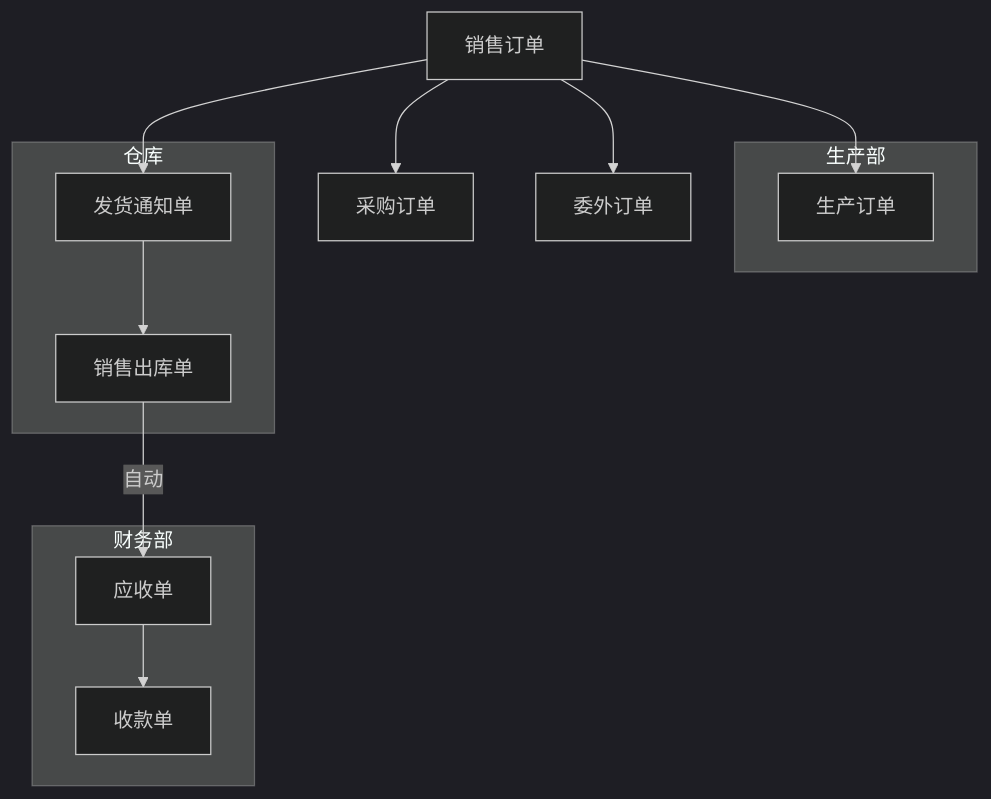
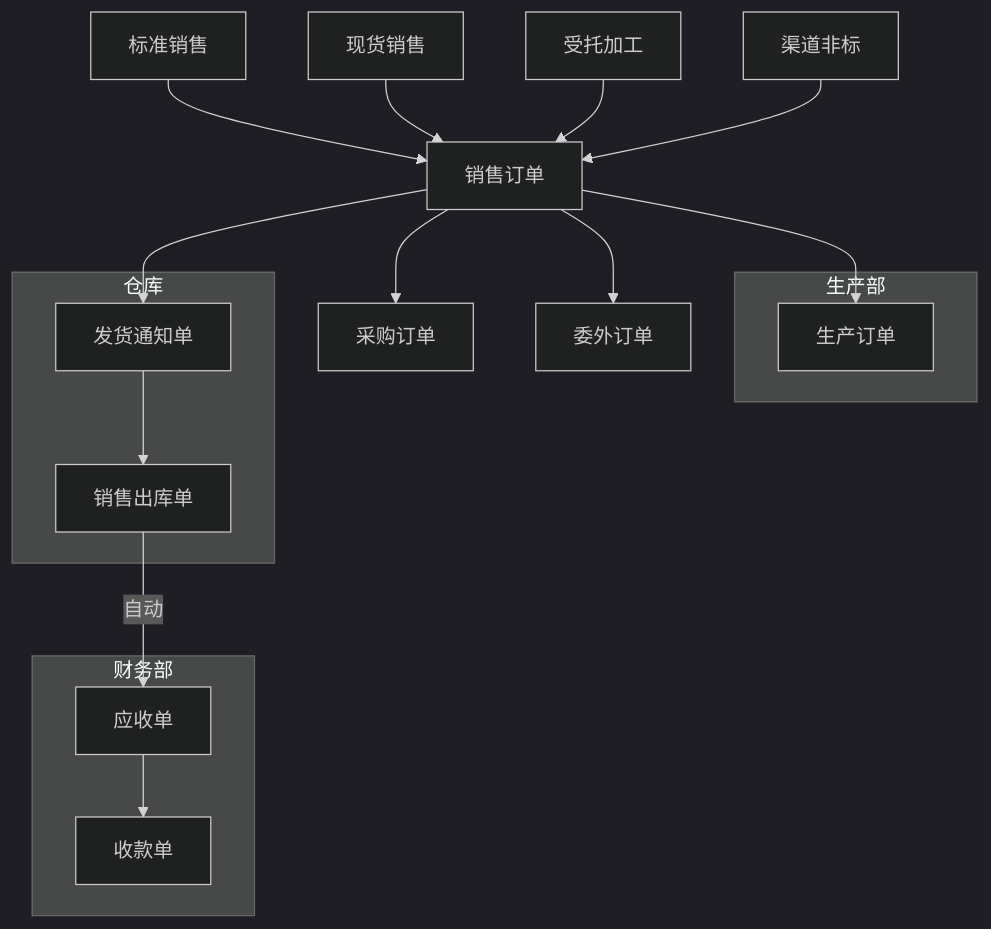
Before and after one commit to jack2nb/Files: the first of 5 diagrams in src/erp/业务流与角色.md, drawn with Mermaid (dark theme). The commit also changed other lines of this file and 1 other file, not shown here.

````diff
--- a/src/erp/业务流与角色.md
+++ b/src/erp/业务流与角色.md
@@ -13,22 +13,26 @@
 ```mermaid
 graph TB;
- 
+标准销售-->销售订单
+现货销售-->销售订单
+受托加工-->销售订单
+渠道非标-->销售订单
+
 销售订单-->采购订单
 销售订单-->生产订单
 销售订单-->委外订单
 销售订单-->发货通知单
 subgraph 财务部
 收款单
 应收单-->收款单
 end
 subgraph 生产部
 生产订单
 end
 subgraph 仓库
-发货通知单-->销售出库单
+发货通知单-->销售出库单 
 销售出库单--自动-->应收单
 end
 
 
  
 ```
````
